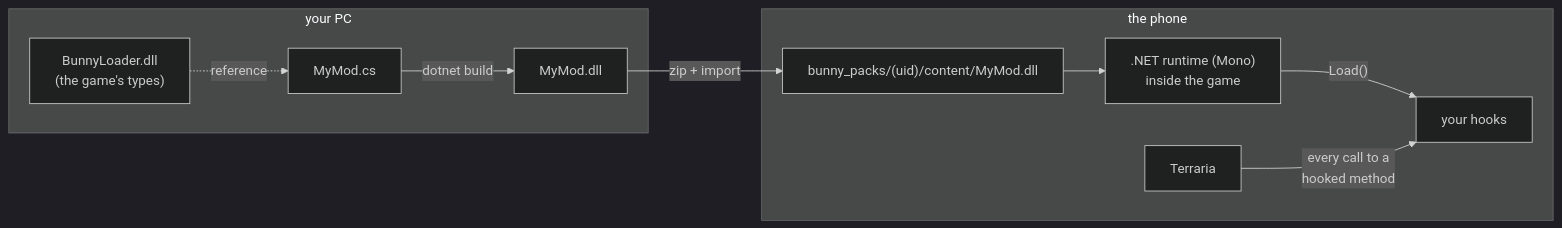
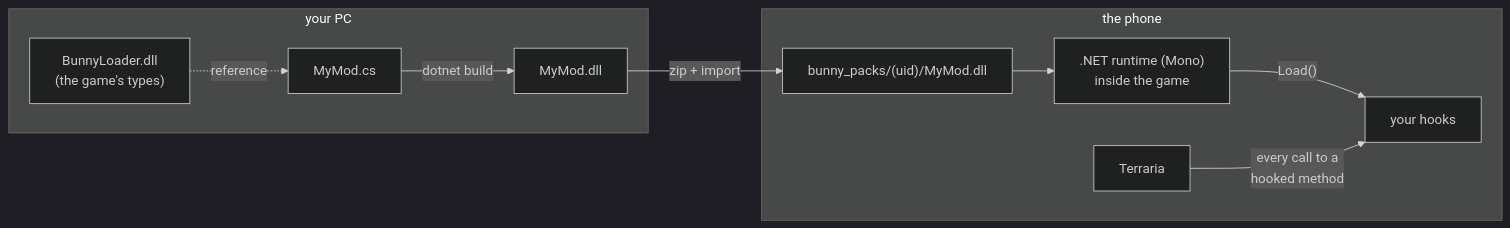
The diagram in docs/mods-em-csharp/README.md (JonataOliveiraa/Bunny-Loader), drawn with Mermaid (dark theme) before and after one commit. The commit also changed 679 other files, not shown here.

````diff
--- a/docs/mods-em-csharp/README.md
+++ b/docs/mods-em-csharp/README.md
@@ -39,13 +39,13 @@
 ```mermaid
 flowchart LR
     subgraph PC["your PC"]
         CS["MyMod.cs"] -- "dotnet build" --> DLL["MyMod.dll"]
         REF["BunnyLoader.dll<br/>(the game's types)"] -. "reference" .-> CS
     end
-    DLL -- "zip + import" --> PKG["bunny_packs/(uid)/content/MyMod.dll"]
+    DLL -- "zip + import" --> PKG["bunny_packs/(uid)/MyMod.dll"]
     subgraph Phone["the phone"]
         PKG --> MONO[".NET runtime (Mono)<br/>inside the game"]
         MONO -- "Load()" --> HOOKS["your hooks"]
         GAME["Terraria"] -- "every call to a<br/>hooked method" --> HOOKS
     end
 ```
````
